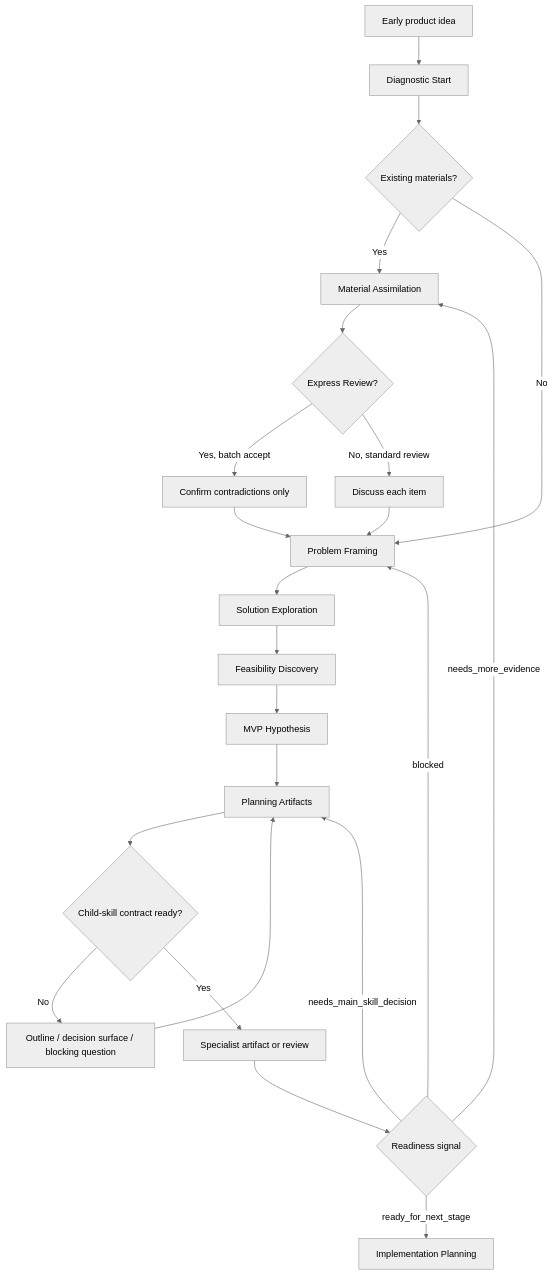
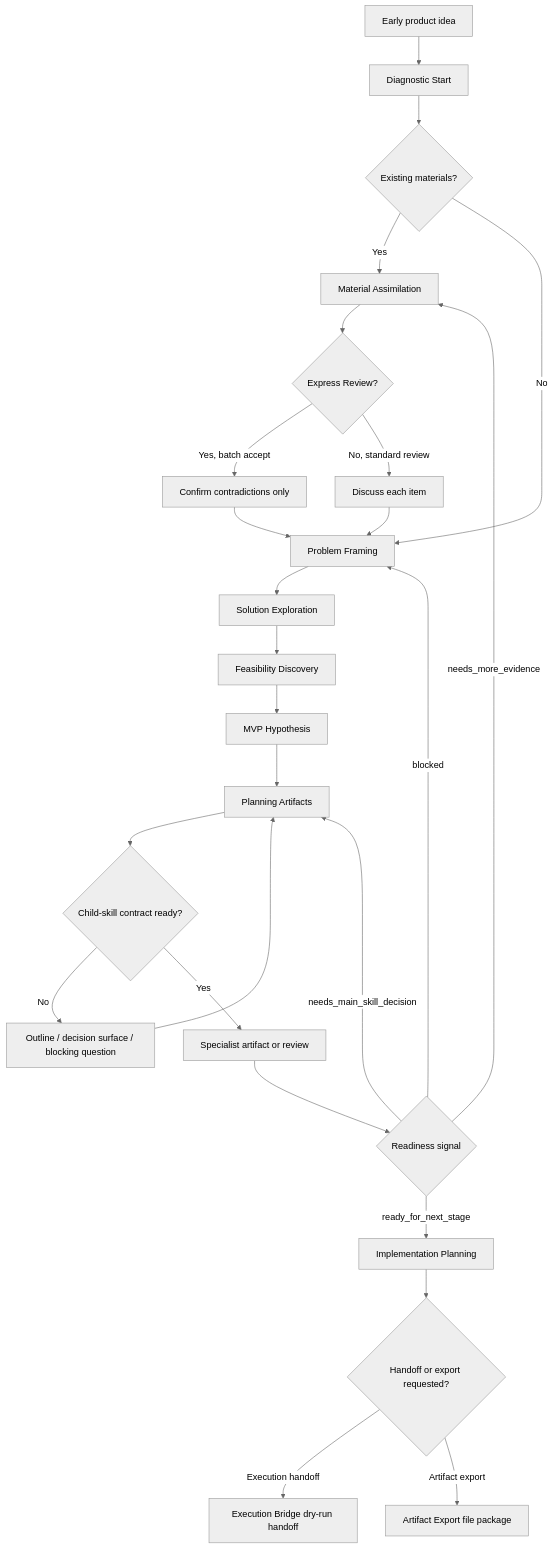
The diagram in zero-to-one-product-discovery/references/workflow.md (Conradgui/zero-to-one-product-discovery), drawn with Mermaid (neutral theme) before and after one commit. The commit also changed other lines of this file and 122 other files, not shown here.

````diff
--- a/zero-to-one-product-discovery/references/workflow.md
+++ b/zero-to-one-product-discovery/references/workflow.md
@@ -149,25 +149,28 @@
 ```mermaid
 flowchart TD
     A[Early product idea] --> B[Diagnostic Start]
     B --> C{Existing materials?}
     C -->|Yes| D[Material Assimilation]
     C -->|No| E[Problem Framing]
     D --> D1{Express Review?}
     D1 -->|Yes, batch accept| D2[Confirm contradictions only]
     D2 --> E
     D1 -->|No, standard review| D3[Discuss each item]
     D3 --> E
     E --> F[Solution Exploration]
     F --> G[Feasibility Discovery]
     G --> H[MVP Hypothesis]
     H --> I[Planning Artifacts]
     I --> K{Child-skill contract ready?}
     K -->|No| L[Outline / decision surface / blocking question]
     L --> I
     K -->|Yes| M[Specialist artifact or review]
     M --> N{Readiness signal}
     N -->|ready_for_next_stage| J[Implementation Planning]
     N -->|needs_more_evidence| D
     N -->|needs_main_skill_decision| I
     N -->|blocked| E
+    J --> O{Handoff or export requested?}
+    O -->|Execution handoff| P[Execution Bridge dry-run handoff]
+    O -->|Artifact export| Q[Artifact Export file package]
 ```
````
